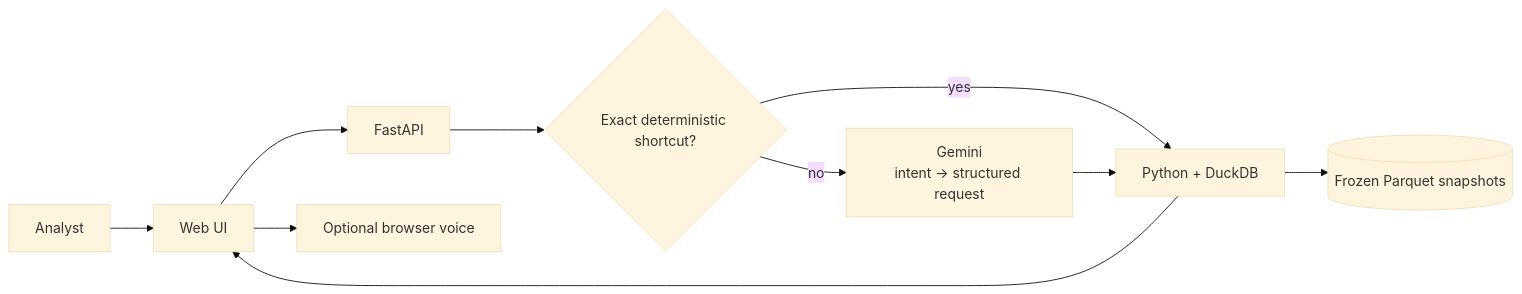
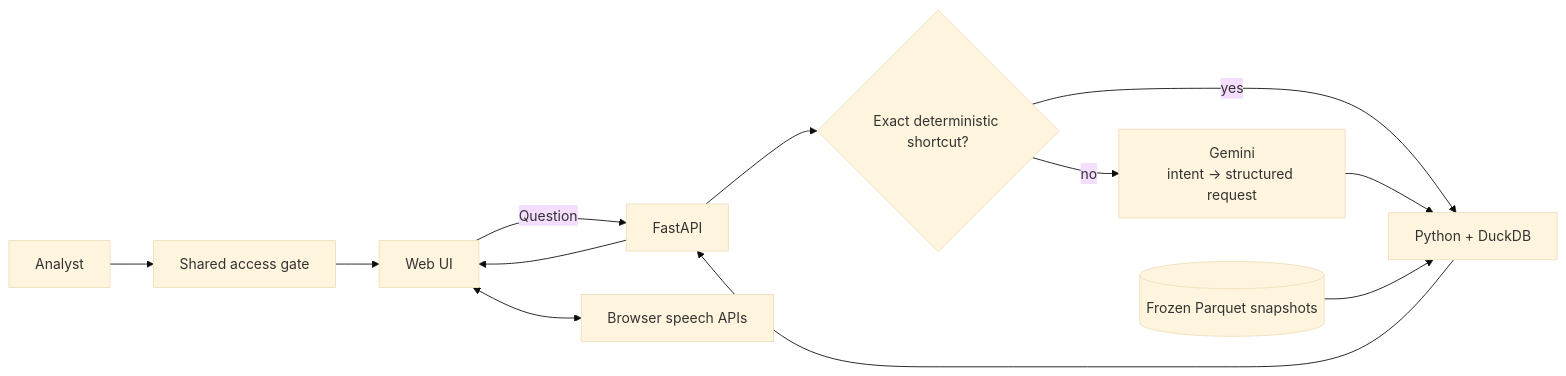
The diagram in README.md (Bar-Bettash/deloitte-home-assignment), drawn with Mermaid (base theme) before and after one commit.

Commit message:
docs: make README architecture diagram exact

````diff
--- a/README.md
+++ b/README.md
@@ -25,12 +25,13 @@
 ```mermaid
 flowchart LR
-    U[Analyst] --> UI[Web UI]
-    UI --> API[FastAPI]
+    U[Analyst] --> A[Shared access gate] --> UI[Web UI]
+    UI -->|Question| API[FastAPI]
     API --> C{Exact deterministic shortcut?}
     C -->|yes| E[Python + DuckDB]
     C -->|no| G[Gemini<br/>intent → structured request]
     G --> E
-    E --> D[(Frozen Parquet snapshots)]
-    E --> UI
-    UI --> V[Optional browser voice]
+    D[(Frozen Parquet snapshots)] --> E
+    E --> API
+    API --> UI
+    UI <--> V[Browser speech APIs]
 ```
````
